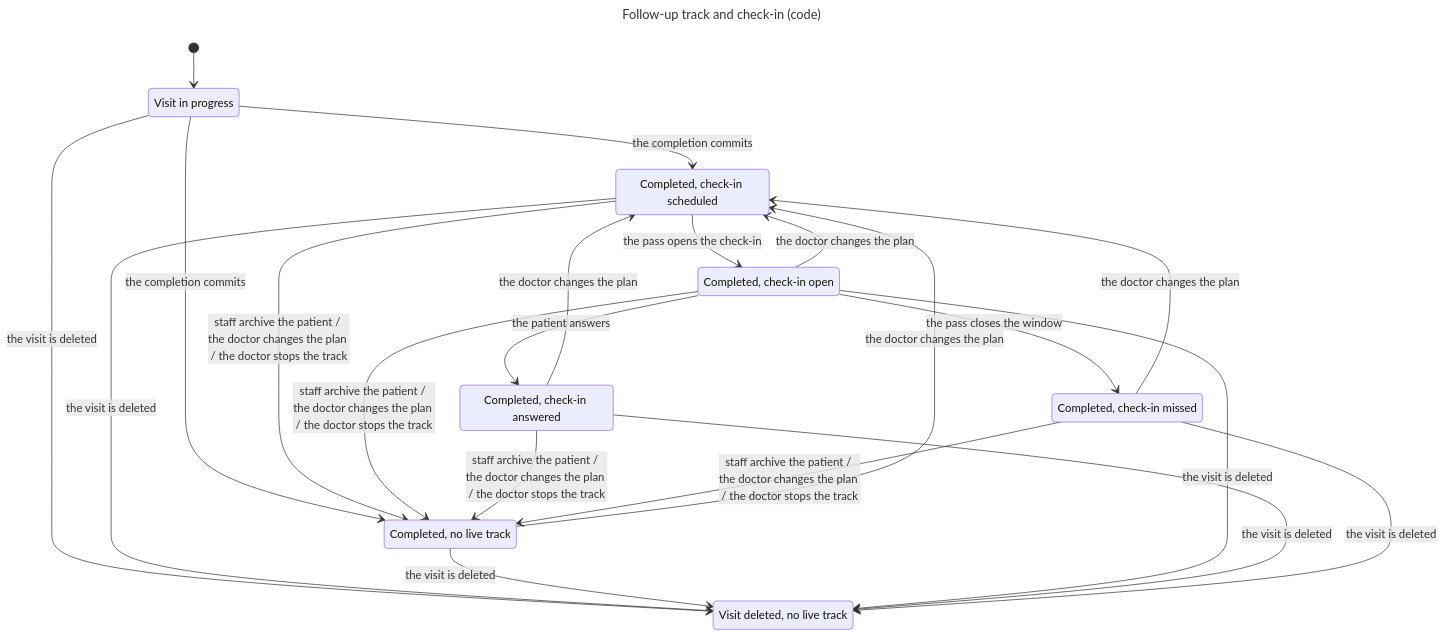
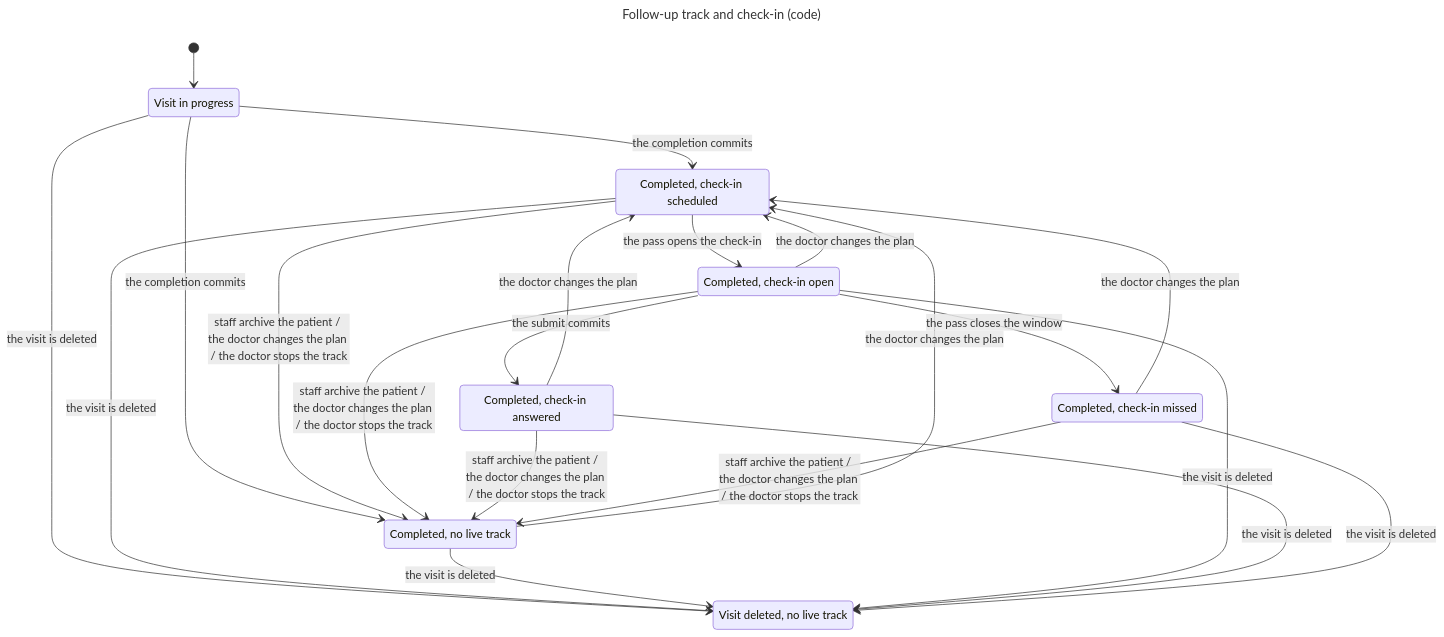
Before and after one commit to nareshshah139/Clinic_Management_System: the diagram in verification/state-machines/check-in/results/code.mmd, drawn with Mermaid. The commit also changed 5 other files, not shown here.

```diff
--- a/verification/state-machines/check-in/results/code.mmd
+++ b/verification/state-machines/check-in/results/code.mmd
@@ -1,34 +1,34 @@
 ---
 title: "Follow-up track and check-in (code)"
 ---
 stateDiagram-v2
   state "Visit in progress" as s0
   state "Completed, check-in scheduled" as s1
   state "Completed, no live track" as s2
   state "Visit deleted, no live track" as s3
   state "Completed, check-in open" as s4
   state "Completed, check-in answered" as s5
   state "Completed, check-in missed" as s6
   [*] --> s0
   s0 --> s1: the completion commits
   s0 --> s2: the completion commits
   s0 --> s3: the visit is deleted
   s1 --> s2: staff archive the patient / the doctor changes the plan / the doctor stops the track
   s1 --> s3: the visit is deleted
   s1 --> s4: the pass opens the check-in
   s2 --> s1: the doctor changes the plan
   s2 --> s3: the visit is deleted
   s4 --> s1: the doctor changes the plan
   s4 --> s2: staff archive the patient / the doctor changes the plan / the doctor stops the track
   s4 --> s3: the visit is deleted
-  s4 --> s5: the patient answers
+  s4 --> s5: the submit commits
   s4 --> s6: the pass closes the window
   s5 --> s1: the doctor changes the plan
   s5 --> s2: staff archive the patient / the doctor changes the plan / the doctor stops the track
   s5 --> s3: the visit is deleted
   s6 --> s1: the doctor changes the plan
   s6 --> s2: staff archive the patient / the doctor changes the plan / the doctor stops the track
   s6 --> s3: the visit is deleted
   classDef breaks fill:#fde2dd,stroke:#b3261e,stroke-width:2px
   classDef stuck fill:#fdf0d5,stroke:#a35a05,stroke-width:2px,stroke-dasharray:5 3
   classDef breaksAndStuck fill:#fde2dd,stroke:#a35a05,stroke-width:2px,stroke-dasharray:5 3
```
